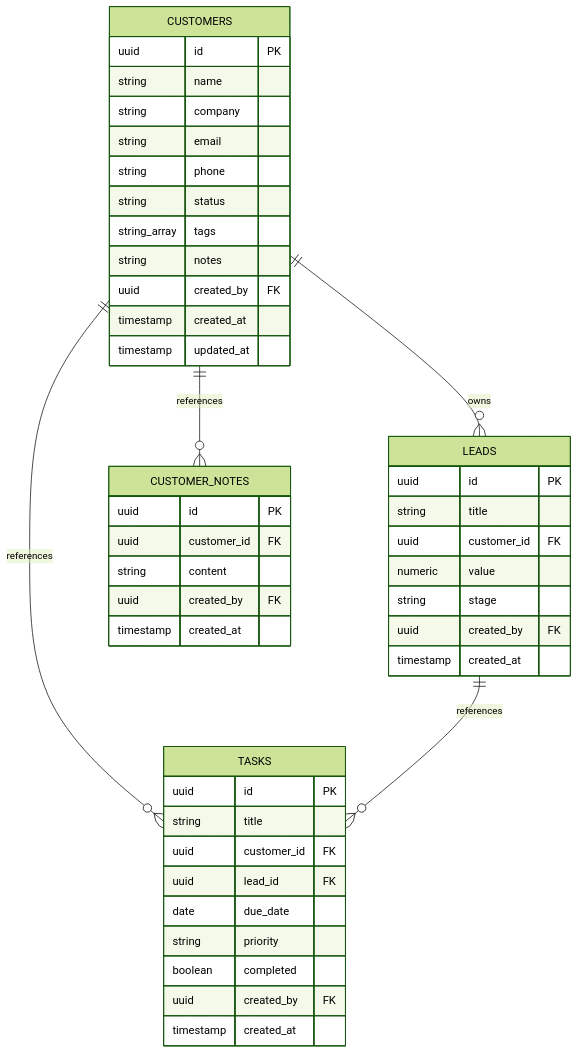
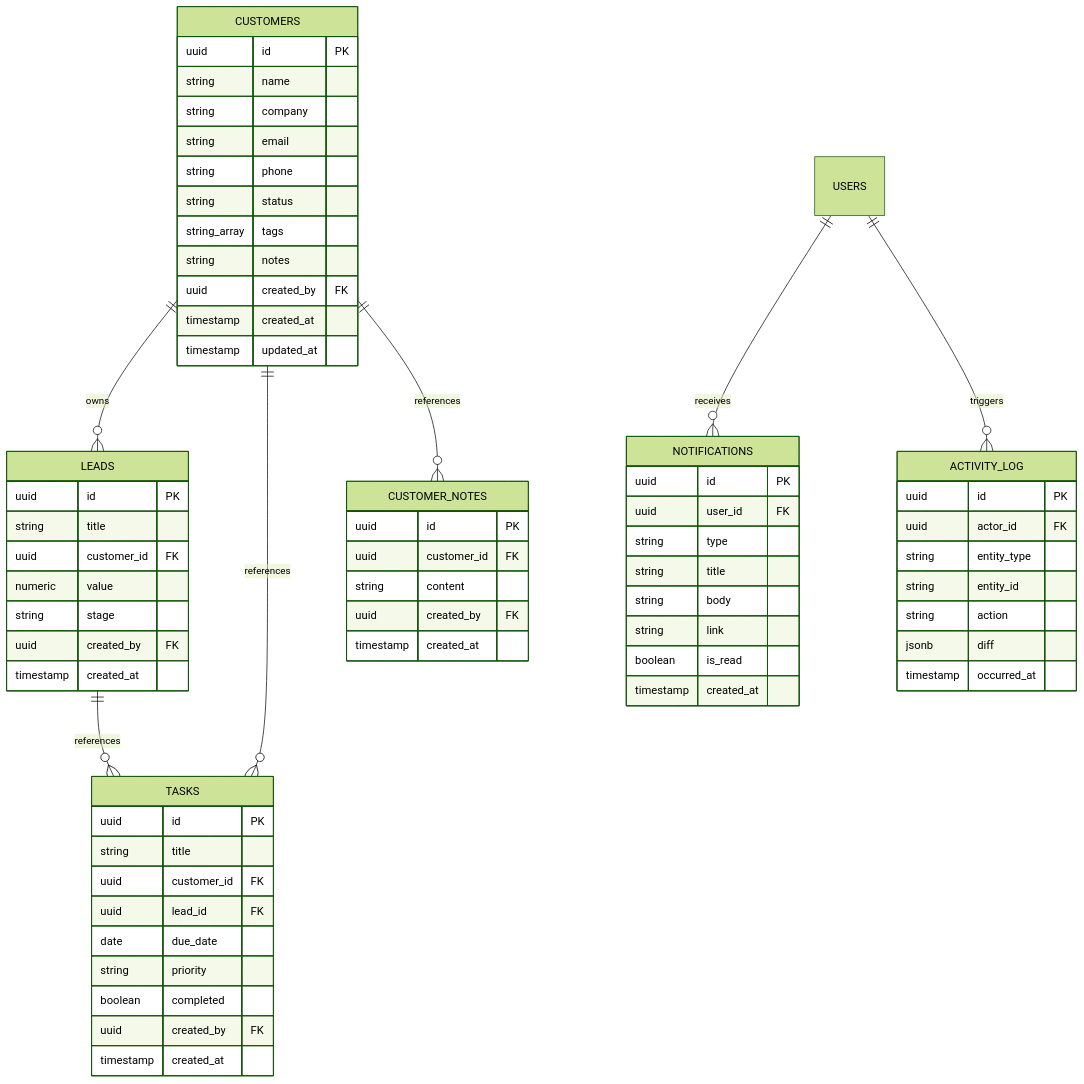
The fourth of 6 diagrams in README.md (nandakumar-nandu/NexusCRM), drawn with Mermaid (forest theme) before and after one commit. The commit also changed other lines of this file and 21 other files, not shown here.

````diff
--- a/README.md
+++ b/README.md
@@ -63,48 +83,69 @@
 ```mermaid
 erDiagram
     CUSTOMERS ||--o{ LEADS : owns
     CUSTOMERS ||--o{ TASKS : references
     LEADS ||--o{ TASKS : references
     CUSTOMERS ||--o{ CUSTOMER_NOTES : references
+    USERS ||--o{ NOTIFICATIONS : receives
+    USERS ||--o{ ACTIVITY_LOG : triggers
     
     CUSTOMERS {
         uuid id PK
         string name
         string company
         string email
         string phone
         string status
         string_array tags
         string notes
         uuid created_by FK
         timestamp created_at
         timestamp updated_at
     }
     LEADS {
         uuid id PK
         string title
         uuid customer_id FK
         numeric value
         string stage
         uuid created_by FK
         timestamp created_at
     }
     TASKS {
         uuid id PK
         string title
         uuid customer_id FK
         uuid lead_id FK
         date due_date
         string priority
         boolean completed
         uuid created_by FK
         timestamp created_at
     }
     CUSTOMER_NOTES {
         uuid id PK
         uuid customer_id FK
         string content
         uuid created_by FK
         timestamp created_at
     }
+    NOTIFICATIONS {
+        uuid id PK
+        uuid user_id FK
+        string type
+        string title
+        string body
+        string link
+        boolean is_read
+        timestamp created_at
+    }
+    ACTIVITY_LOG {
+        uuid id PK
+        uuid actor_id FK
+        string entity_type
+        string entity_id
+        string action
+        jsonb diff
+        timestamp occurred_at
+    }
 ```
````
